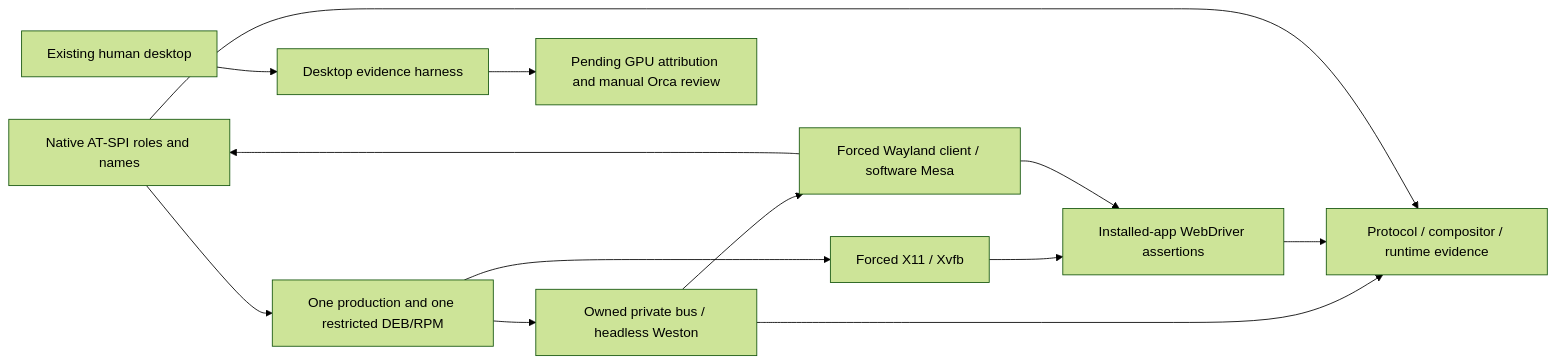
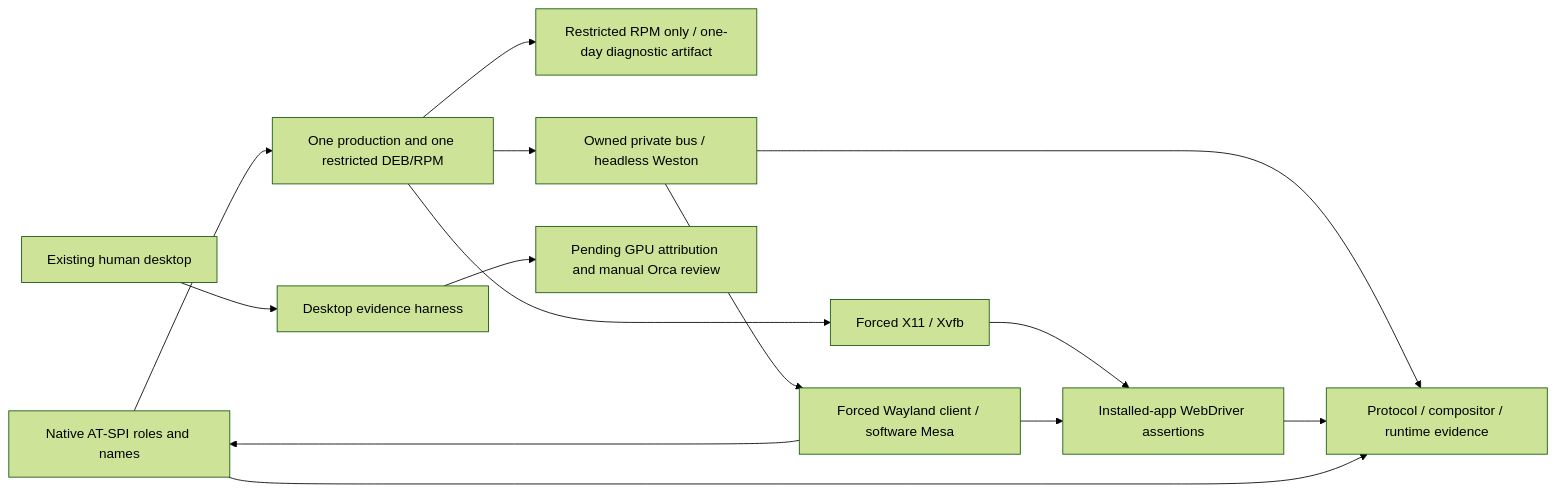
One commit to kmosoti/rust-ui-template changed diagram 13 of 15 in docs/architecture.md. Above: the diagram before and after it, drawn with Mermaid (forest theme). The commit also changed 7 other files, not shown here.

````diff
--- a/docs/architecture.md
+++ b/docs/architecture.md
@@ -333,15 +333,16 @@
 ```mermaid
 flowchart LR
   A[Owned Ubuntu source and signed index set] --> P[One production and one restricted DEB/RPM]
+  P --> F[Restricted RPM only / one-day diagnostic artifact]
   P --> X[Forced X11 / Xvfb]
   P --> W[Owned private bus / headless Weston]
   W --> C[Forced Wayland client / software Mesa]
   X --> N[Installed-app WebDriver assertions]
   C --> N
   C --> A[Native AT-SPI roles and names]
   W --> E[Protocol / compositor / runtime evidence]
   N --> E
   A --> E
   H[Existing human desktop] --> D[Desktop evidence harness]
   D --> M[Pending GPU attribution and manual Orca review]
 ```
````
